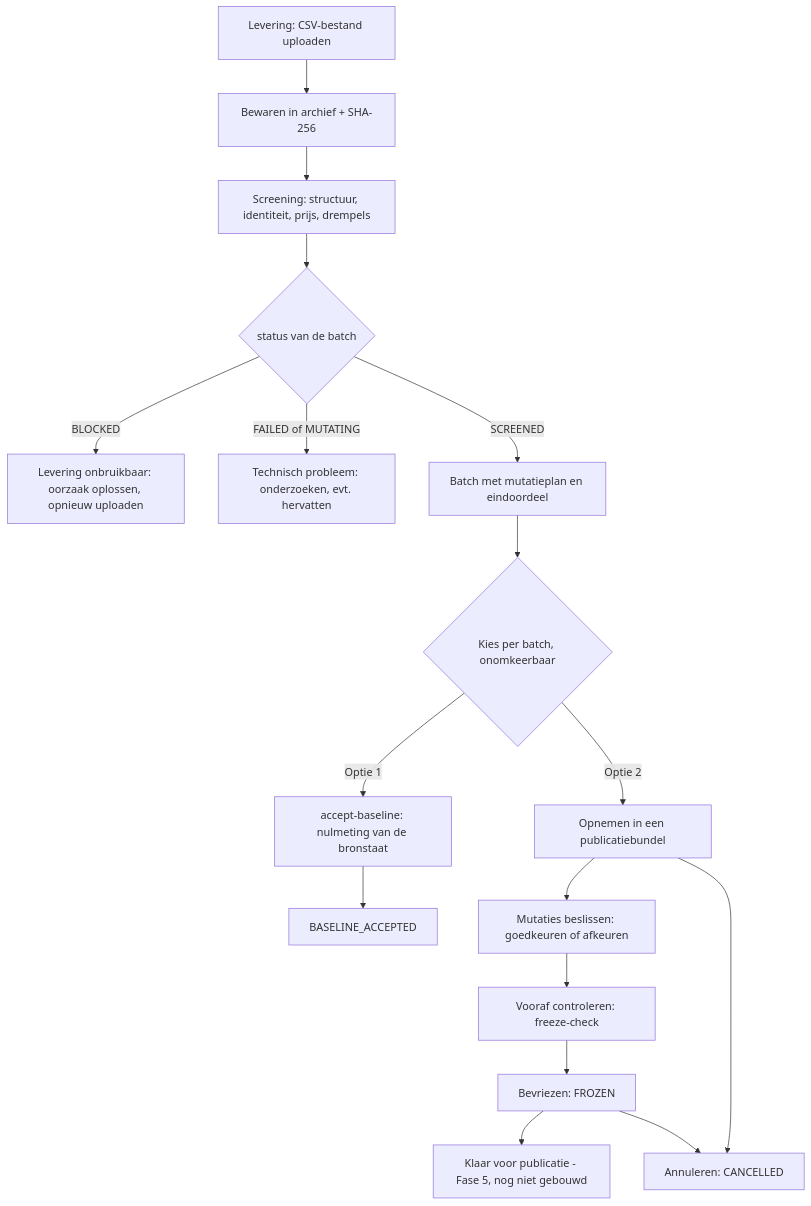
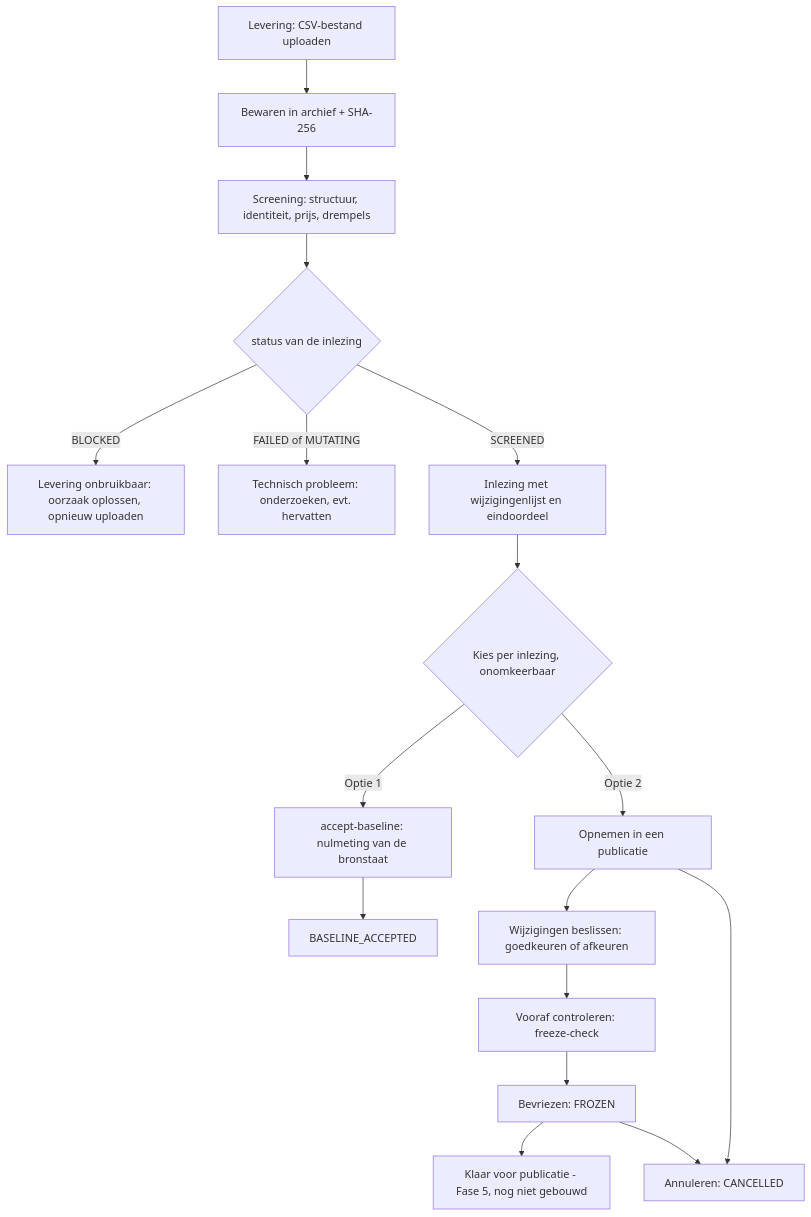
The diagram in docs/handleiding/README.md (DDA-IT/ImportService), drawn with Mermaid before and after one commit. The commit also changed other lines of this file and 89 other files, not shown here.

````diff
--- a/docs/handleiding/README.md
+++ b/docs/handleiding/README.md
@@ -69,19 +69,19 @@
 ```mermaid
 flowchart TD
     A[Levering: CSV-bestand uploaden] --> B[Bewaren in archief + SHA-256]
     B --> C[Screening: structuur, identiteit, prijs, drempels]
-    C --> D{status van de batch}
+    C --> D{status van de inlezing}
     D -->|BLOCKED| X[Levering onbruikbaar: oorzaak oplossen, opnieuw uploaden]
     D -->|FAILED of MUTATING| Y[Technisch probleem: onderzoeken, evt. hervatten]
-    D -->|SCREENED| E[Batch met mutatieplan en eindoordeel]
-    E --> F{Kies per batch, onomkeerbaar}
+    D -->|SCREENED| E[Inlezing met wijzigingenlijst en eindoordeel]
+    E --> F{Kies per inlezing, onomkeerbaar}
     F -->|Optie 1| G[accept-baseline: nulmeting van de bronstaat]
-    F -->|Optie 2| H[Opnemen in een publicatiebundel]
+    F -->|Optie 2| H[Opnemen in een publicatie]
     G --> Z1[BASELINE_ACCEPTED]
-    H --> I[Mutaties beslissen: goedkeuren of afkeuren]
+    H --> I[Wijzigingen beslissen: goedkeuren of afkeuren]
     I --> J[Vooraf controleren: freeze-check]
     J --> K[Bevriezen: FROZEN]
     K --> L[Klaar voor publicatie - Fase 5, nog niet gebouwd]
     H --> M[Annuleren: CANCELLED]
     K --> M
 ```
````
